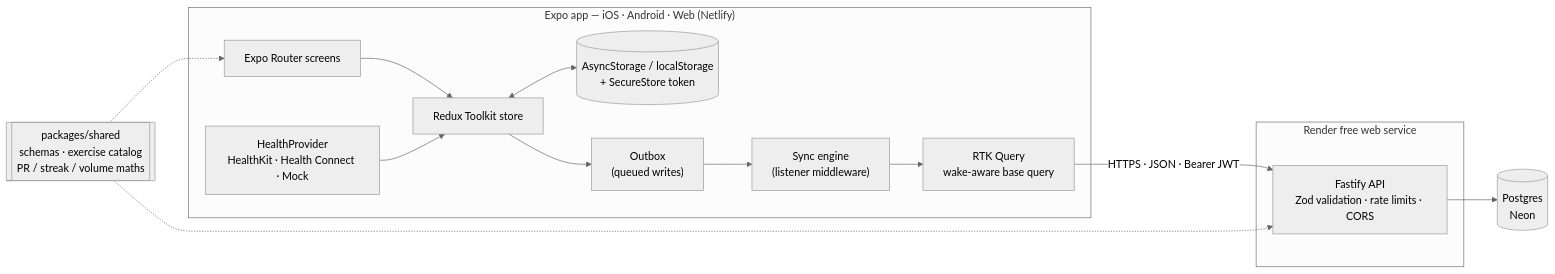
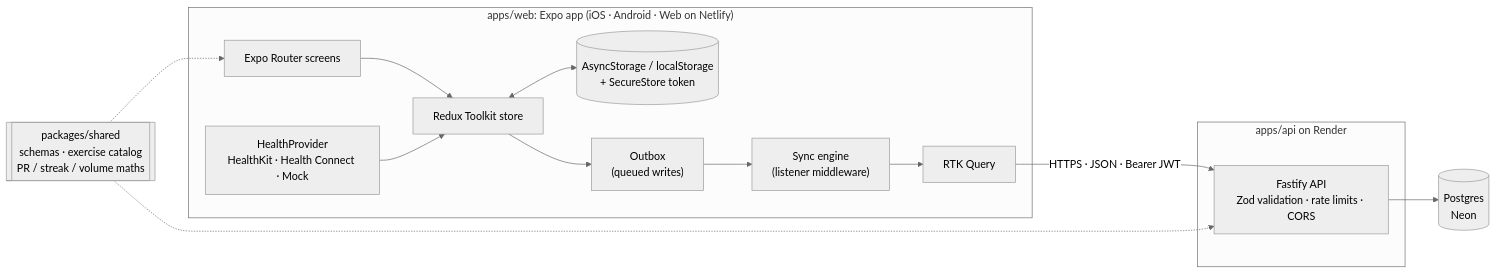
One commit to Isaacpyo/FitTrack changed the first of 2 diagrams in README.md. Above: the diagram before and after it, drawn with Mermaid (neutral theme). The commit also changed other lines of this file and 2 other files, not shown here.

````diff
--- a/README.md
+++ b/README.md
@@ -48,21 +65,21 @@
 ```mermaid
 flowchart LR
-  subgraph Client["Expo app — iOS · Android · Web (Netlify)"]
+  subgraph Client["apps/web: Expo app (iOS · Android · Web on Netlify)"]
     UI["Expo Router screens"] --> Store["Redux Toolkit store"]
     Store <--> Persist[("AsyncStorage / localStorage<br/>+ SecureStore token")]
     Health["HealthProvider<br/>HealthKit · Health Connect · Mock"] --> Store
     Store --> Outbox["Outbox<br/>(queued writes)"]
     Outbox --> Engine["Sync engine<br/>(listener middleware)"]
-    Engine --> RTKQ["RTK Query<br/>wake-aware base query"]
+    Engine --> RTKQ["RTK Query"]
   end
 
   RTKQ -- "HTTPS · JSON · Bearer JWT" --> API
 
-  subgraph Render["Render free web service"]
+  subgraph Render["apps/api on Render"]
     API["Fastify API<br/>Zod validation · rate limits · CORS"]
   end
 
   API --> PG[("Postgres<br/>Neon")]
   Shared[["packages/shared<br/>schemas · exercise catalog<br/>PR / streak / volume maths"]] -.-> UI
   Shared -.-> API
 ```
````
